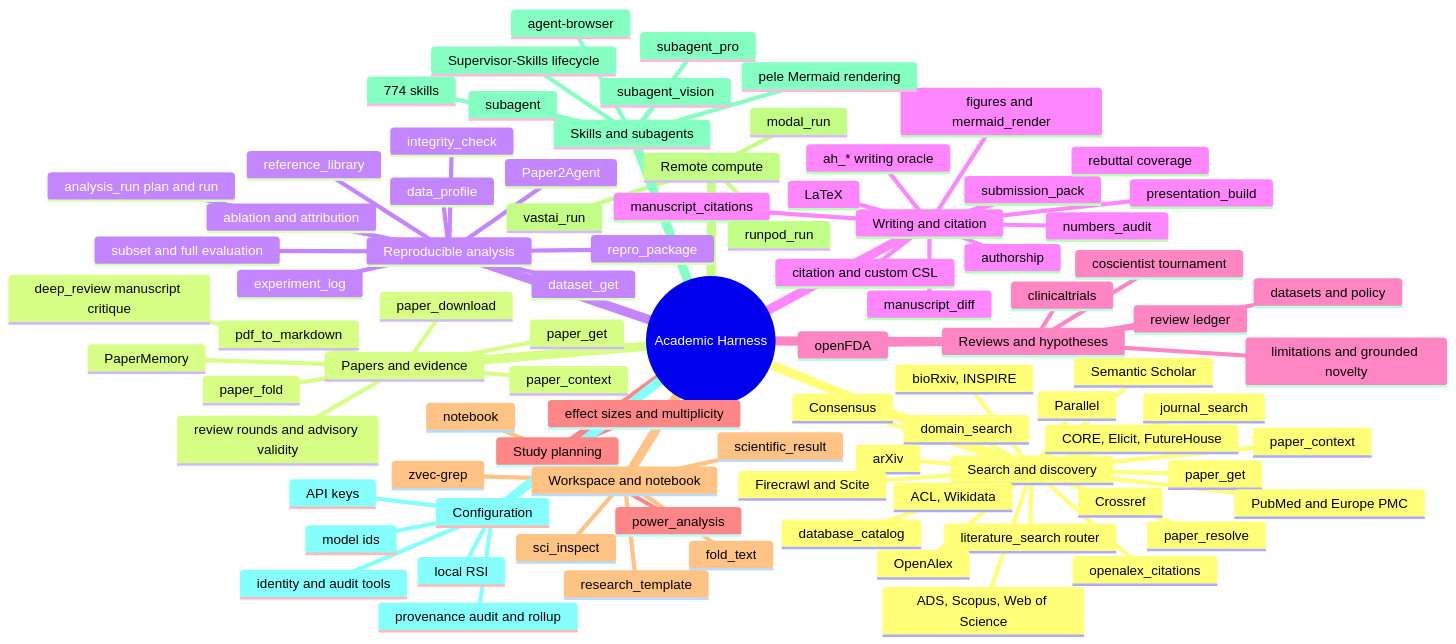
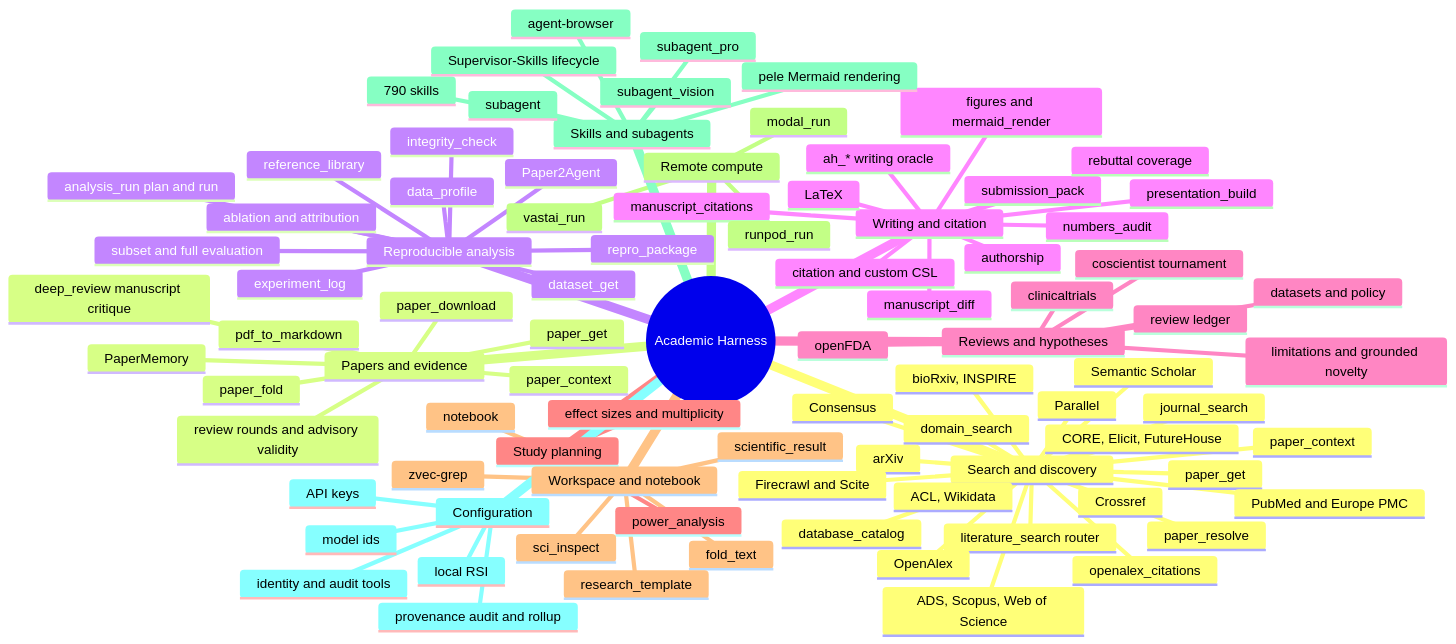
Before and after one commit to raktim-mondol/academic-harness: the diagram in docs/diagrams/capability-map.mmd, drawn with Mermaid. The commit also changed 59 other files, not shown here.

```diff
--- a/docs/diagrams/capability-map.mmd
+++ b/docs/diagrams/capability-map.mmd
@@ -1,90 +1,90 @@
 mindmap
   root((Academic Harness))
     Search and discovery
       literature_search router
       journal_search
       paper_get
       paper_context
       paper_resolve
       openalex_citations
       database_catalog
       domain_search
       OpenAlex
       Semantic Scholar
       PubMed and Europe PMC
       arXiv
       Crossref
       bioRxiv, INSPIRE
       ADS, Scopus, Web of Science
       ACL, Wikidata
       Consensus
       Parallel
       Firecrawl and Scite
       CORE, Elicit, FutureHouse
     Papers and evidence
       paper_get
       paper_context
       paper_download
       paper_fold
       pdf_to_markdown
       deep_review manuscript critique
       review rounds and advisory validity
       PaperMemory
     Reproducible analysis
       analysis_run plan and run
       experiment_log
       subset and full evaluation
       ablation and attribution
       dataset_get
       data_profile
       repro_package
       reference_library
       integrity_check
       Paper2Agent
     Writing and citation
       ah_* writing oracle
       citation and custom CSL
       manuscript_citations
       submission_pack
       manuscript_diff
       rebuttal coverage
       numbers_audit
       presentation_build
       authorship
       LaTeX
       figures and mermaid_render
     Reviews and hypotheses
       review ledger
       coscientist tournament
       limitations and grounded novelty
       clinicaltrials
       openFDA
       datasets and policy
     Study planning
       power_analysis
       effect sizes and multiplicity
     Workspace and notebook
       zvec-grep
       notebook
       scientific_result
       fold_text
       sci_inspect
       research_template
     Remote compute
       modal_run
       runpod_run
       vastai_run
     Skills and subagents
-      774 skills
+      790 skills
       Supervisor-Skills lifecycle
       agent-browser
       pele Mermaid rendering
       subagent
       subagent_pro
       subagent_vision
     Configuration
       API keys
       model ids
       identity and audit tools
       provenance audit and rollup
       local RSI
```
